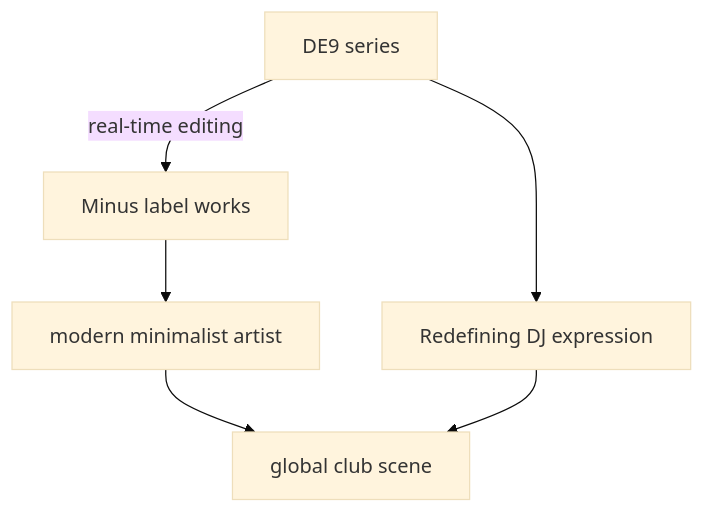
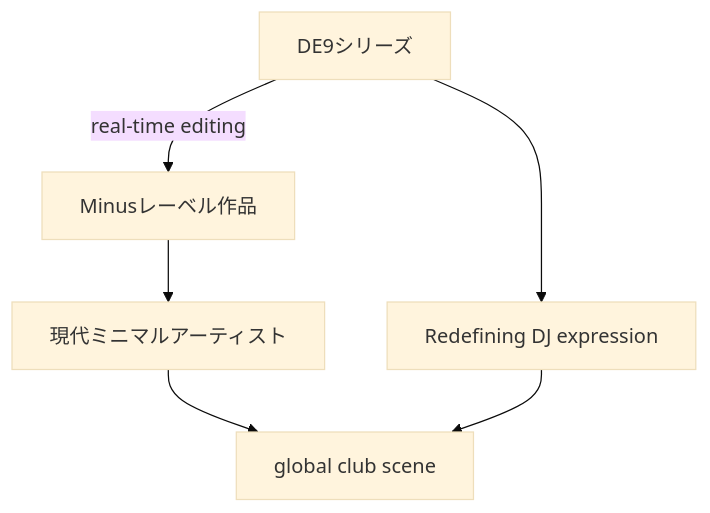
Before and after one commit to monumental-movement/monumental-movement.github.io: the first of 7 diagrams in en/_posts/2025-10-24-column-plastikman-richie-hawtin.md, drawn with Mermaid (base theme). The commit also changed other lines of this file and 1012 other files, not shown here.

```diff
--- a/en/_posts/2025-10-24-column-plastikman-richie-hawtin.md
+++ b/en/_posts/2025-10-24-column-plastikman-richie-hawtin.md
@@ -174,10 +174,10 @@
 <div class="mermaid">
 
 flowchart TD
-    A[DE9 series] -->|real-time editing| B[Minus label works]
-    B --> C[modern minimalist artist]
+    A[DE9シリーズ] -->|real-time editing| B[Minusレーベル作品]
+    B --> C[現代ミニマルアーティスト]
     C --> D[global club scene]
     A --> E[Redefining DJ expression]
     E --> D
 
 </div>
```
